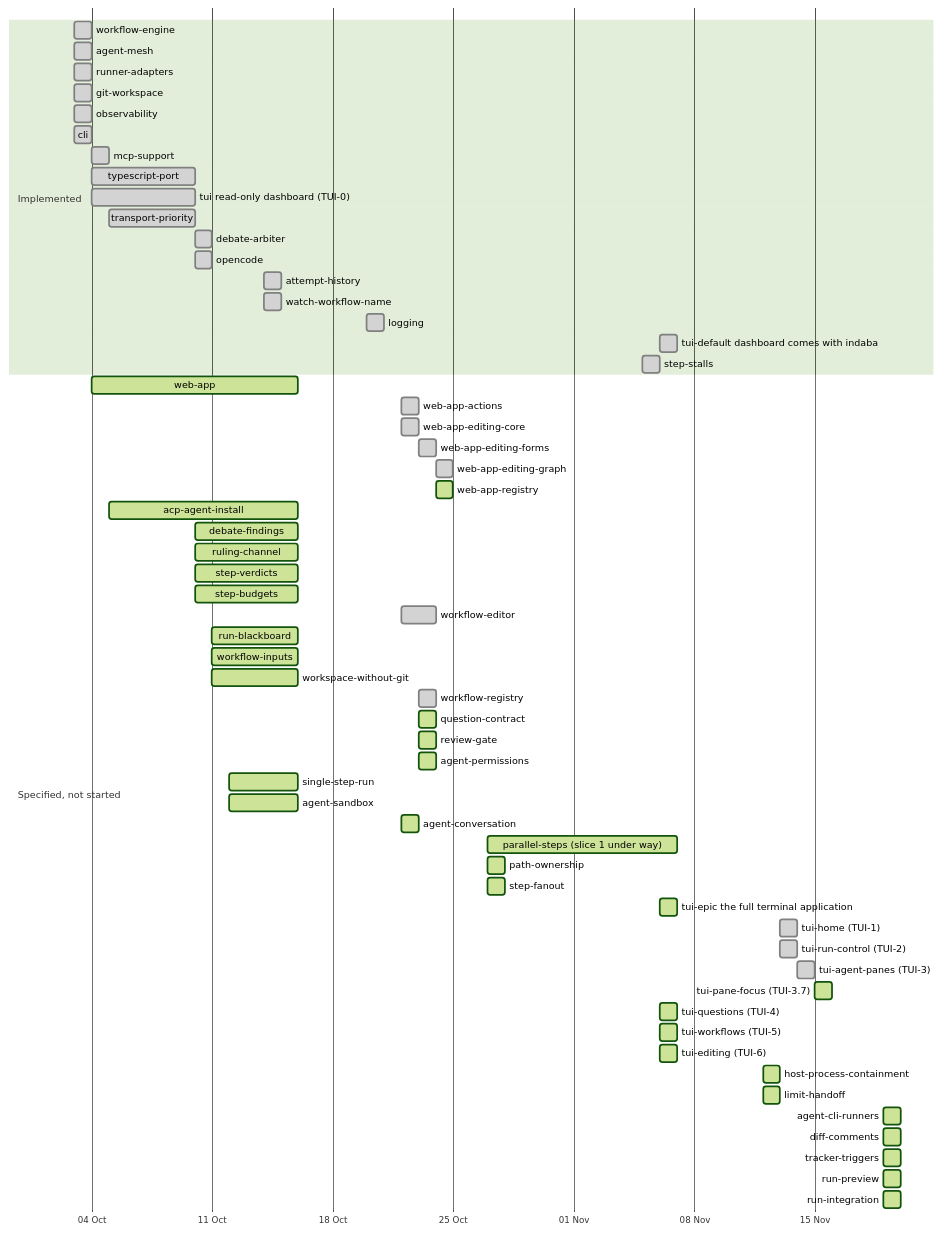
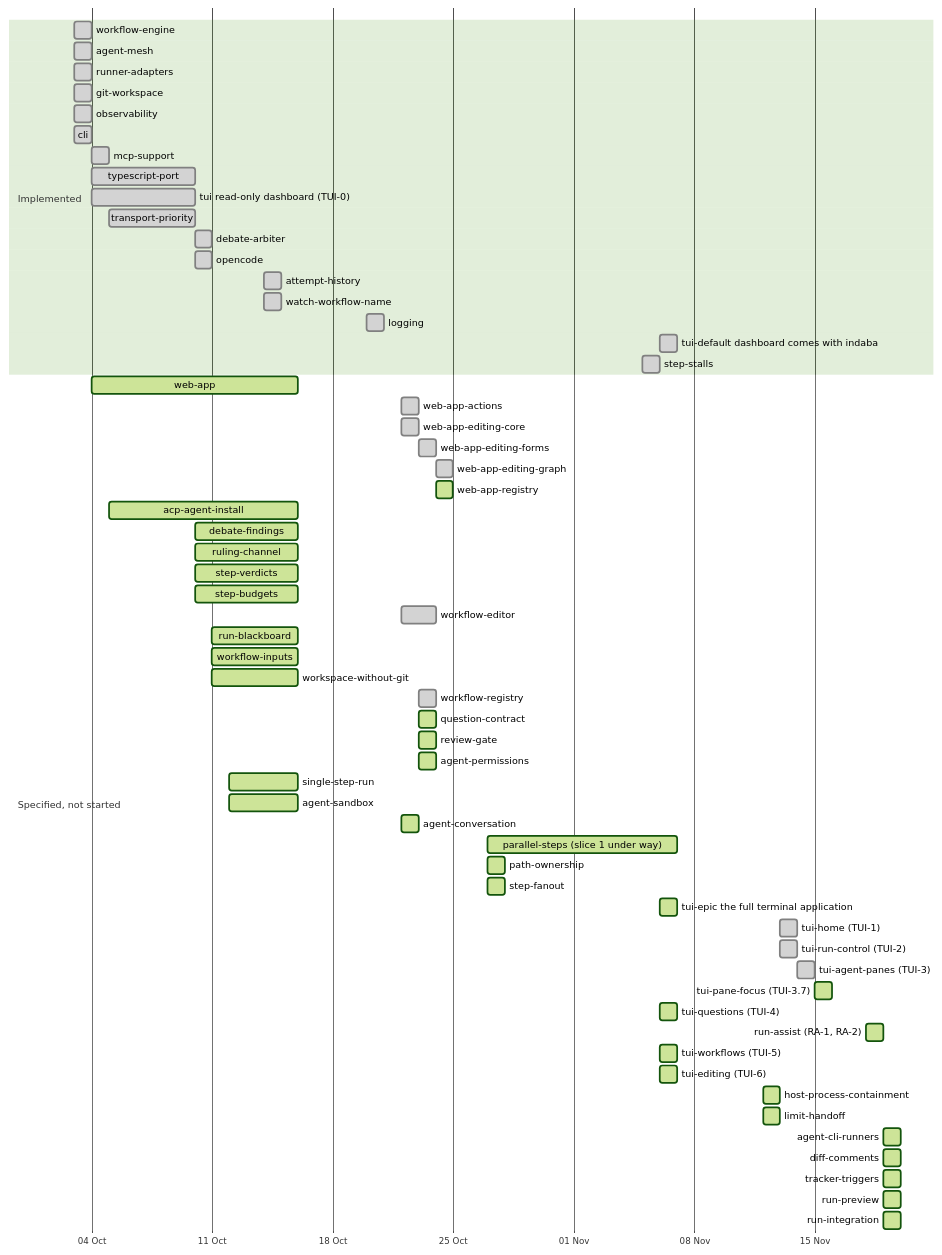
Before and after one commit to yaotzin1/indaba: the second of 5 diagrams in specs/DEPENDENCY_MAP.md, drawn with Mermaid (forest theme). The commit also changed other lines of this file and 42 other files, not shown here.

First line of the commit message:
feat(readiness): specs for run-assist, run-readiness, run-handover and the run-readiness report (RA-1 slice 1) (#152)

````diff
--- a/specs/DEPENDENCY_MAP.md
+++ b/specs/DEPENDENCY_MAP.md
@@ -71,64 +71,65 @@
 ```mermaid
 gantt
     dateFormat YYYY-MM-DD
     axisFormat %d %b
     section Implemented
     workflow-engine        :done, 2026-10-03, 2026-10-04
     agent-mesh             :done, 2026-10-03, 2026-10-04
     runner-adapters        :done, 2026-10-03, 2026-10-04
     git-workspace          :done, 2026-10-03, 2026-10-04
     observability          :done, 2026-10-03, 2026-10-04
     cli                    :done, 2026-10-03, 2026-10-04
     mcp-support            :done, 2026-10-04, 1d
     typescript-port        :done, 2026-10-04, 2026-10-10
     tui read-only dashboard (TUI-0) :done, 2026-10-04, 2026-10-10
     transport-priority     :done, 2026-10-05, 2026-10-10
     debate-arbiter         :done, 2026-10-10, 1d
     opencode               :done, 2026-10-10, 1d
     attempt-history        :done, 2026-10-14, 1d
     watch-workflow-name    :done, 2026-10-14, 1d
     logging                :done, 2026-10-20, 2026-10-21
     tui-default dashboard comes with indaba :done, 2026-11-06, 1d
     step-stalls            :done, 2026-11-05, 2026-11-06
     section Specified, not started
     web-app                :active, 2026-10-04, 2026-10-16
     web-app-actions        :done, 2026-10-22, 1d
     web-app-editing-core   :done, 2026-10-22, 1d
     web-app-editing-forms  :done, 2026-10-23, 1d
     web-app-editing-graph  :done, 2026-10-24, 1d
     web-app-registry       :active, 2026-10-24, 1d
     acp-agent-install      :active, 2026-10-05, 2026-10-16
     debate-findings        :active, 2026-10-10, 2026-10-16
     ruling-channel         :active, 2026-10-10, 2026-10-16
     step-verdicts          :active, 2026-10-10, 2026-10-16
     step-budgets           :active, 2026-10-10, 2026-10-16
     workflow-editor        :done, 2026-10-22, 2d
     run-blackboard         :active, 2026-10-11, 2026-10-16
     workflow-inputs        :active, 2026-10-11, 2026-10-16
     workspace-without-git  :active, 2026-10-11, 2026-10-16
     workflow-registry      :done, 2026-10-23, 1d
     question-contract      :active, 2026-10-23, 2026-10-24
     review-gate            :active, 2026-10-23, 2026-10-24
     agent-permissions      :active, 2026-10-23, 2026-10-24
     single-step-run        :active, 2026-10-12, 2026-10-16
     agent-sandbox          :active, 2026-10-12, 2026-10-16
     agent-conversation     :active, 2026-10-22, 2026-10-23
     parallel-steps (slice 1 under way) :active, 2026-10-27, 2026-11-07
     path-ownership         :active, 2026-10-27, 1d
     step-fanout            :active, 2026-10-27, 1d
     tui-epic the full terminal application :active, 2026-11-06, 1d
     tui-home (TUI-1)       :done, 2026-11-13, 1d
     tui-run-control (TUI-2) :done, 2026-11-13, 1d
     tui-agent-panes (TUI-3) :done, 2026-11-14, 1d
     tui-pane-focus (TUI-3.7) :active, 2026-11-15, 1d
     tui-questions (TUI-4)  :active, 2026-11-06, 1d
+    run-assist (RA-1, RA-2) :active, 2026-11-18, 1d
     tui-workflows (TUI-5)  :active, 2026-11-06, 1d
     tui-editing (TUI-6)    :active, 2026-11-06, 1d
     host-process-containment :active, 2026-11-12, 1d
     limit-handoff            :active, 2026-11-12, 1d
     agent-cli-runners        :active, 2026-11-19, 1d
     diff-comments            :active, 2026-11-19, 1d
     tracker-triggers         :active, 2026-11-19, 1d
     run-preview              :active, 2026-11-19, 1d
     run-integration          :active, 2026-11-19, 1d
 ```
````
